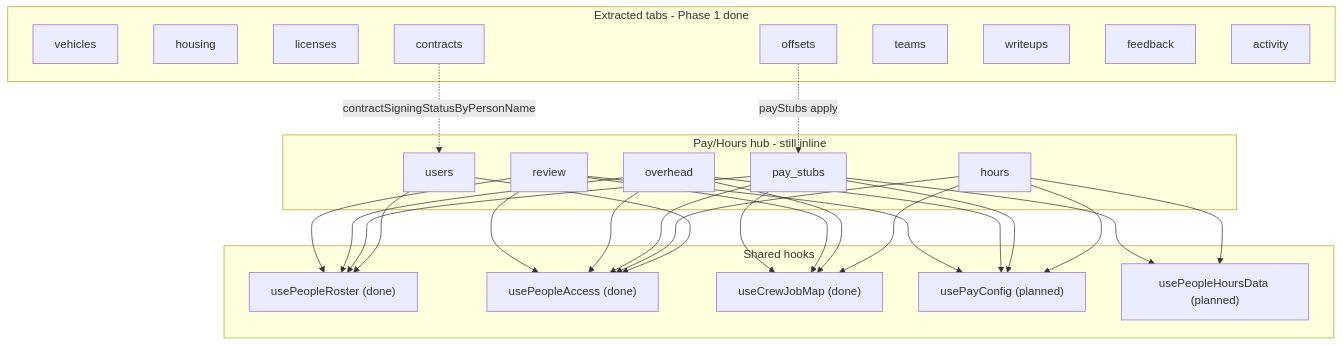
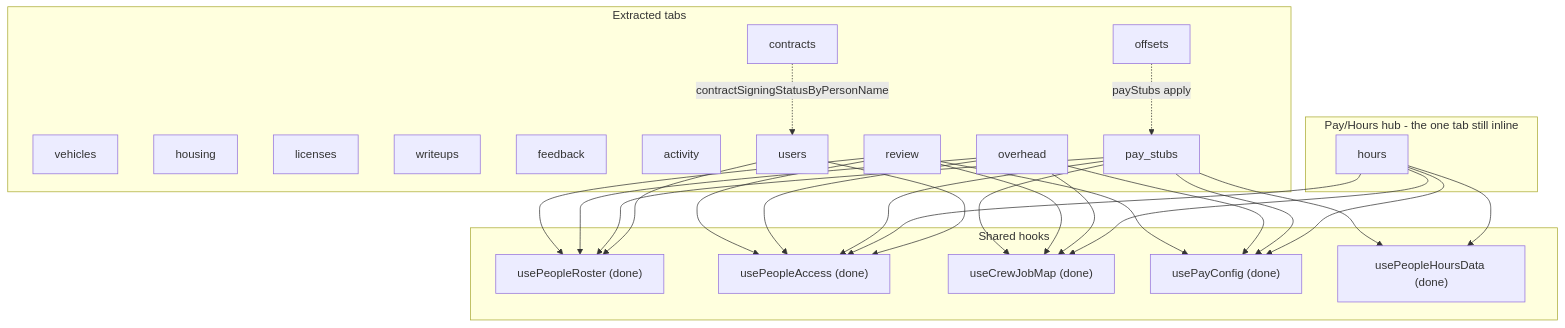
The diagram in docs/PEOPLE_TABS_ARCHITECTURE.md (clickconstruction/pipetooling.github.io), drawn with Mermaid before and after one commit. The commit also changed other lines of this file and 6 other files, not shown here.

````diff
--- a/docs/PEOPLE_TABS_ARCHITECTURE.md
+++ b/docs/PEOPLE_TABS_ARCHITECTURE.md
@@ -248,37 +248,36 @@
 ```mermaid
 graph TD
-    subgraph done [Extracted tabs - Phase 1 done]
+    subgraph done [Extracted tabs]
         VH[vehicles]
         HO[housing]
         LI[licenses]
         OF[offsets]
         CT[contracts]
-        TE[teams]
         WR[writeups]
         FB[feedback]
         AC[activity]
-    end
-    subgraph hub [Pay/Hours hub - still inline]
         US[users]
-        HR[hours]
         PS[pay_stubs]
         OV[overhead]
         RV[review]
+    end
+    subgraph hub [Pay/Hours hub - the one tab still inline]
+        HR[hours]
     end
     subgraph hooks [Shared hooks]
         ROSTER["usePeopleRoster (done)"]
         PERMS["usePeopleAccess (done)"]
         CREW["useCrewJobMap (done)"]
-        PAYCFG["usePayConfig (planned)"]
-        HOURS["usePeopleHoursData (planned)"]
+        PAYCFG["usePayConfig (done)"]
+        HOURS["usePeopleHoursData (done)"]
     end
 
     US & PS & OV & RV --> ROSTER
     US & HR & PS & OV & RV --> PERMS
     HR --> PAYCFG
     PS & OV & RV --> PAYCFG
     HR & PS --> HOURS
     HR & OV & RV & PS --> CREW
     CT -.contractSigningStatusByPersonName.-> US
     OF -.payStubs apply.-> PS
 ```
````
